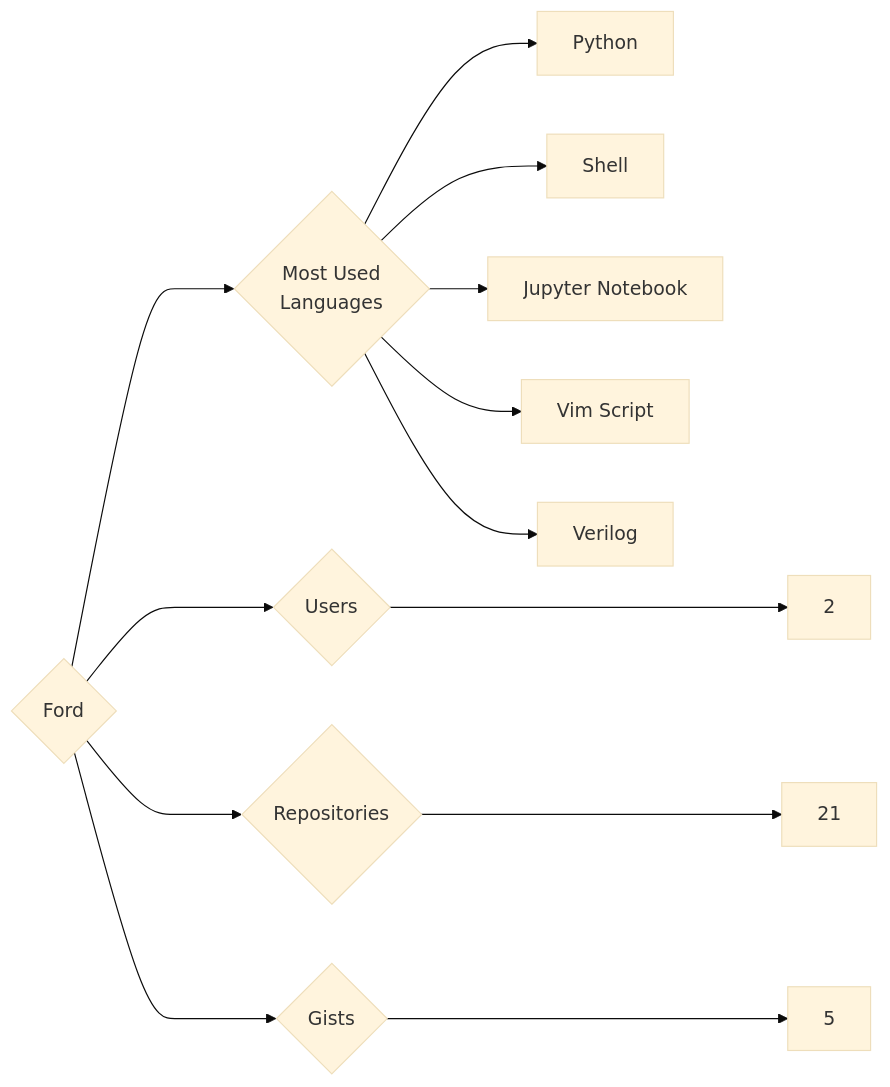
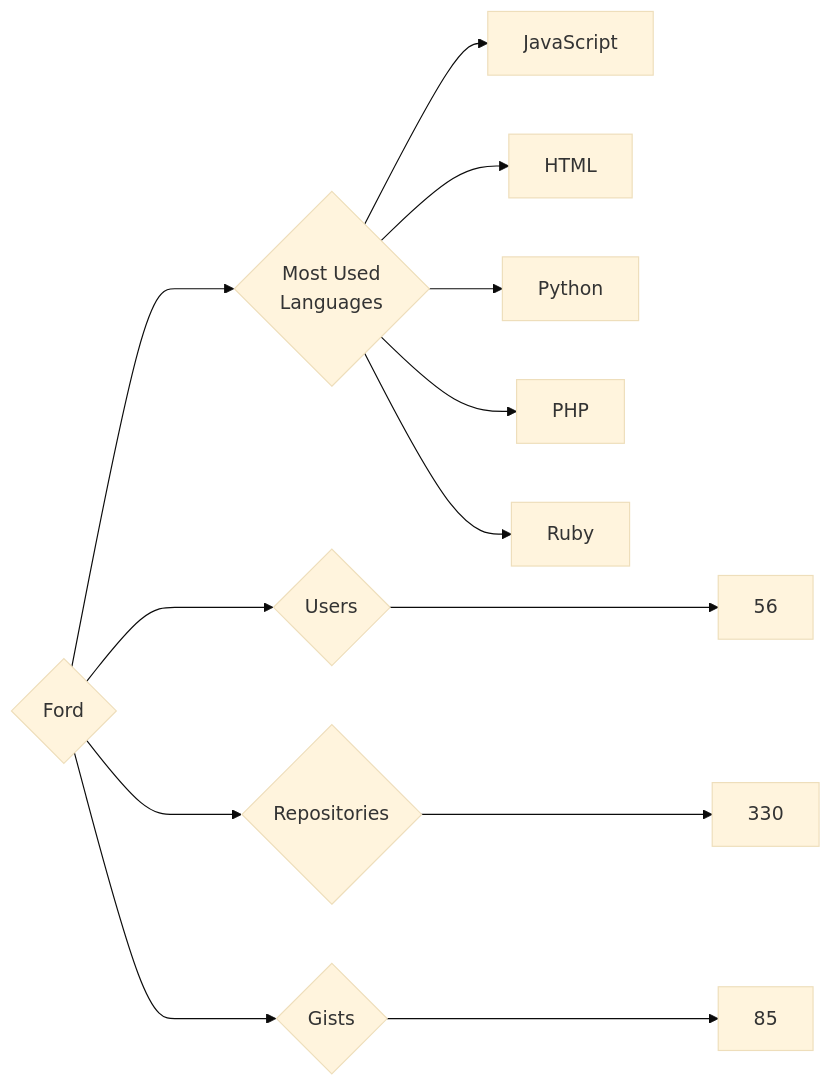
Before and after one commit to trickest/insiders: the diagram in targets/Ford/README.md, drawn with Mermaid (base theme). The commit also changed 682 other files, not shown here.

````diff
--- a/targets/Ford/README.md
+++ b/targets/Ford/README.md
@@ -3,13 +3,13 @@
 ```mermaid
 graph LR
 COMPANY_NAME{Ford}
-COMPANY_NAME ---> U{Users} ---> UN[2]
-COMPANY_NAME ---> R{Repositories} ---> RN[21]
-COMPANY_NAME ---> G{Gists} ---> GN[5]
+COMPANY_NAME ---> U{Users} ---> UN[56]
+COMPANY_NAME ---> R{Repositories} ---> RN[330]
+COMPANY_NAME ---> G{Gists} ---> GN[85]
 COMPANY_NAME ---> ML{Most Used<br>Languages}
+ML --> JavaScript[JavaScript]
+ML --> HTML[HTML]
 ML --> Python[Python]
-ML --> Shell[Shell]
-ML --> Jupyter_Notebook[Jupyter Notebook]
-ML --> Vim_Script[Vim Script]
-ML --> Verilog[Verilog]
+ML --> PHP[PHP]
+ML --> Ruby[Ruby]
 ```
````
